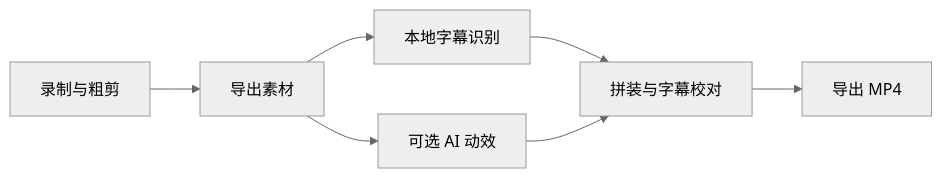
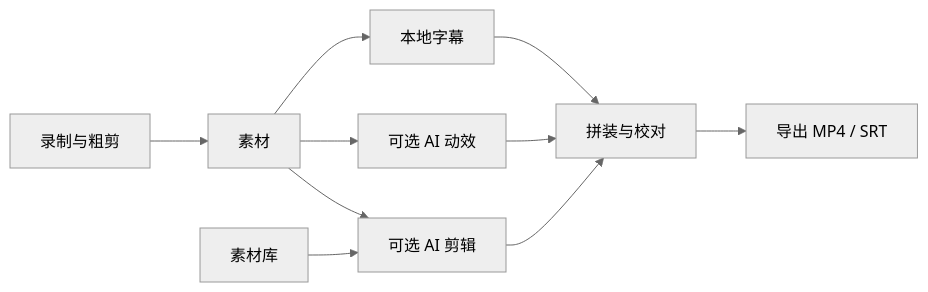
The diagram in README.md (FlashingChen/SuperWorkspace), drawn with Mermaid (neutral theme) before and after one commit. The commit also changed other lines of this file and 54 other files, not shown here.

````diff
--- a/README.md
+++ b/README.md
@@ -65,9 +67,12 @@
 ```mermaid
 flowchart LR
-    A[录制与粗剪] --> B[导出素材]
-    B --> C[本地字幕识别]
-    B --> D[可选 AI 动效]
-    C --> E[拼装与字幕校对]
-    D --> E
-    E --> F[导出 MP4]
+    R[录制与粗剪] --> M[素材]
+    M --> S[本地字幕]
+    M --> V[可选 AI 动效]
+    L[素材库] --> A[可选 AI 剪辑]
+    M --> A
+    S --> P[拼装与校对]
+    V --> P
+    A --> P
+    P --> E[导出 MP4 / SRT]
 ```
````
